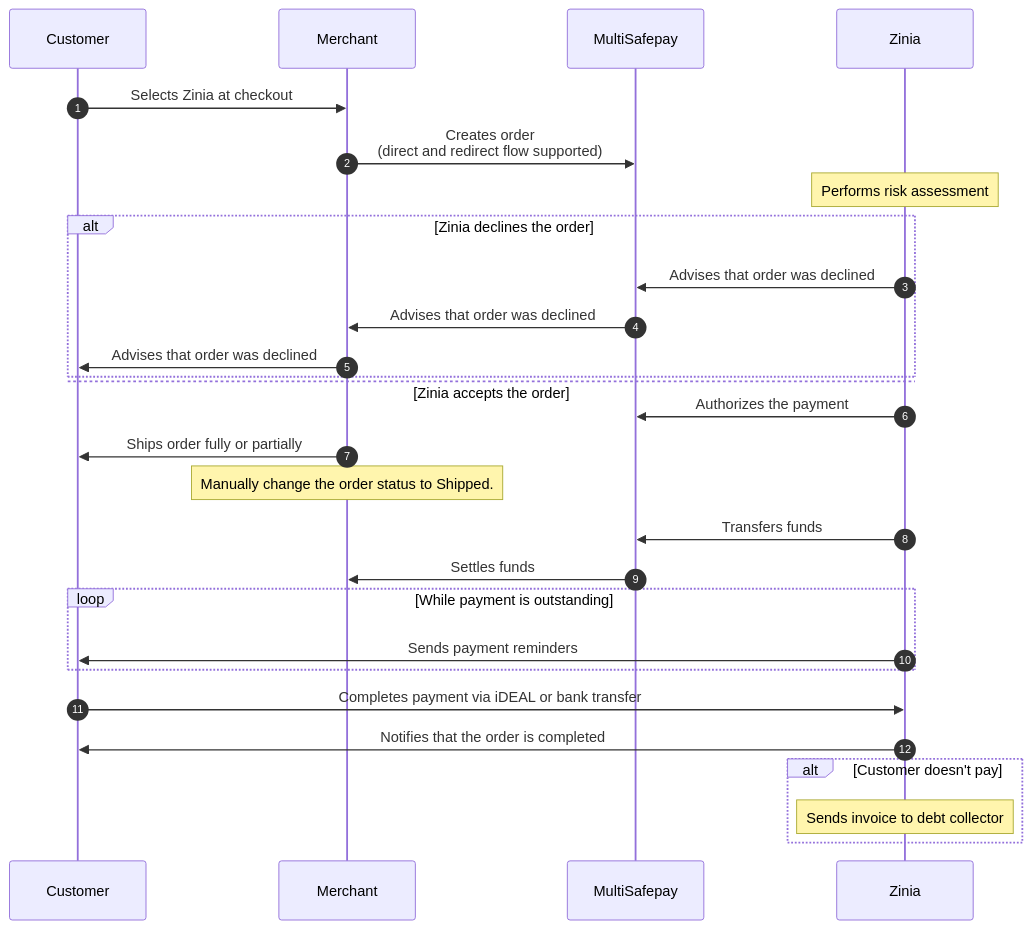
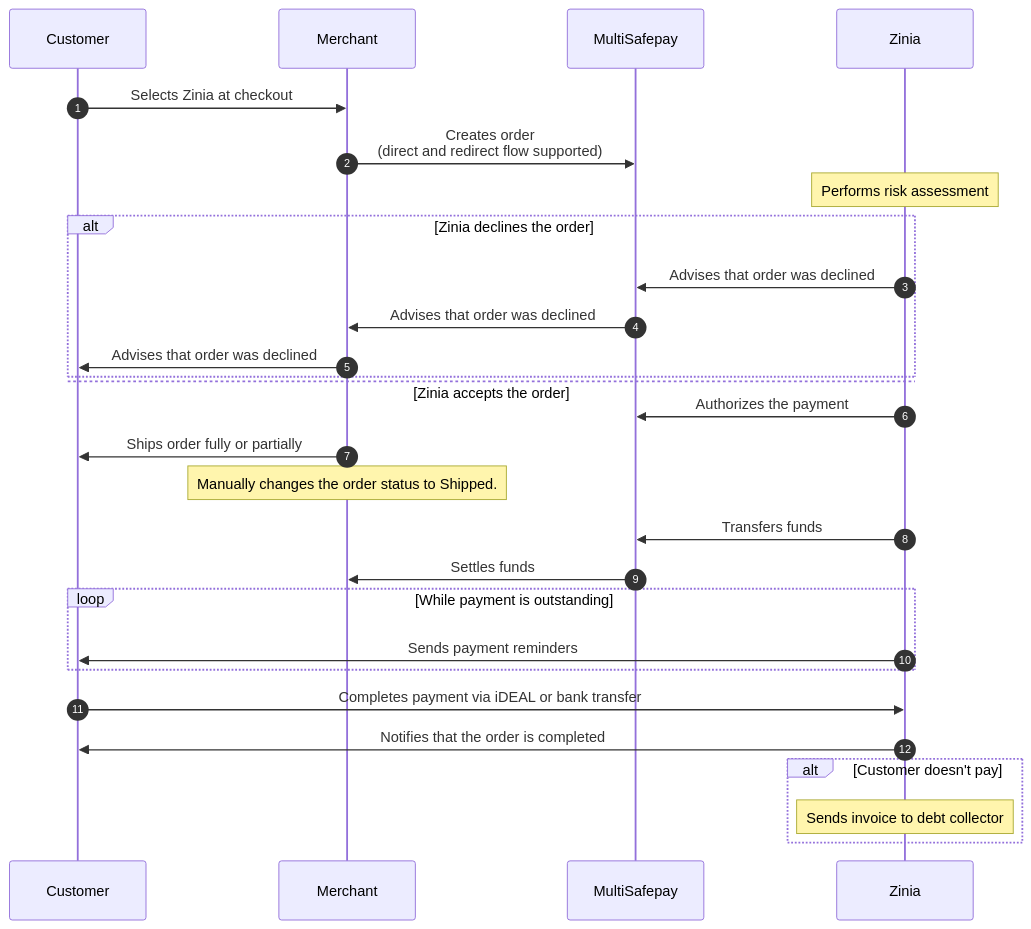
Before and after one commit to MultiSafepay/docs: the diagram in static/diagrams/src/zinia.mmd, drawn with Mermaid. The commit also changed 5 other files, not shown here.

Commit message:
DOCS-4009: Add updated Zinia flow

```diff
--- a/static/diagrams/src/zinia.mmd
+++ b/static/diagrams/src/zinia.mmd
@@ -1,28 +1,28 @@
 sequenceDiagram
     autonumber
     participant C as Customer
     participant Me as Merchant
     participant Mu as MultiSafepay
     participant Zi as Zinia
     C->>Me: Selects Zinia at checkout
     Me->>Mu: Creates order <br> (direct and redirect flow supported)
      Note over Zi: Performs risk assessment 
         alt Zinia declines the order 
     Zi->>Mu: Advises that order was declined
     Mu->>Me: Advises that order was declined
     Me->>C: Advises that order was declined
     else Zinia accepts the order 
     end
     Zi->>Mu: Authorizes the payment
      Me->>C: Ships order fully or partially
-      Note over Me: Manually change the order status to Shipped.
+      Note over Me: Manually changes the order status to Shipped.
     Zi->>Mu: Transfers funds
     Mu->>Me: Settles funds 
     loop While payment is outstanding
 	    Zi->>C: Sends payment reminders
     end
     C->>Zi: Completes payment via iDEAL or bank transfer
     Zi->>C: Notifies that the order is completed
     alt Customer doesn't pay  
     Note over Zi: Sends invoice to debt collector
     end
```
